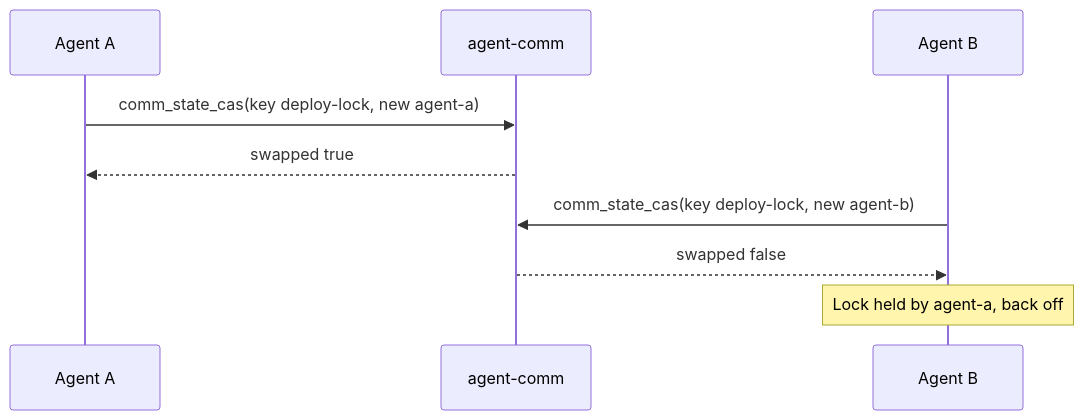
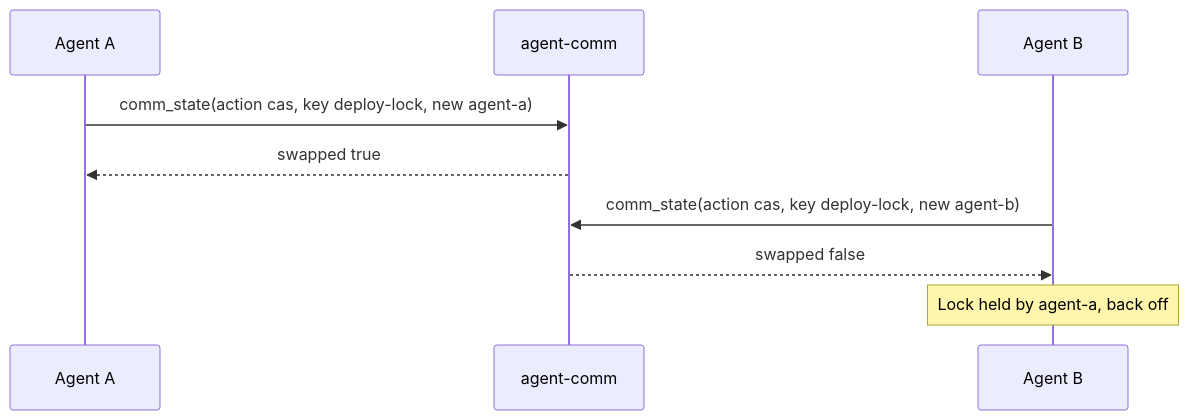
Before and after one commit to keshrath/agent-comm: the third of 3 diagrams in README.md, drawn with Mermaid. The commit also changed other lines of this file and 47 other files, not shown here.

````diff
--- a/README.md
+++ b/README.md
@@ -242,12 +199,12 @@
 ```mermaid
 sequenceDiagram
     participant A as Agent A
     participant S as agent-comm
     participant B as Agent B
 
-    A->>S: comm_state_cas(key deploy-lock, new agent-a)
+    A->>S: comm_state(action cas, key deploy-lock, new agent-a)
     S-->>A: swapped true
-    B->>S: comm_state_cas(key deploy-lock, new agent-b)
+    B->>S: comm_state(action cas, key deploy-lock, new agent-b)
     S-->>B: swapped false
     Note over B: Lock held by agent-a, back off
 ```
````
